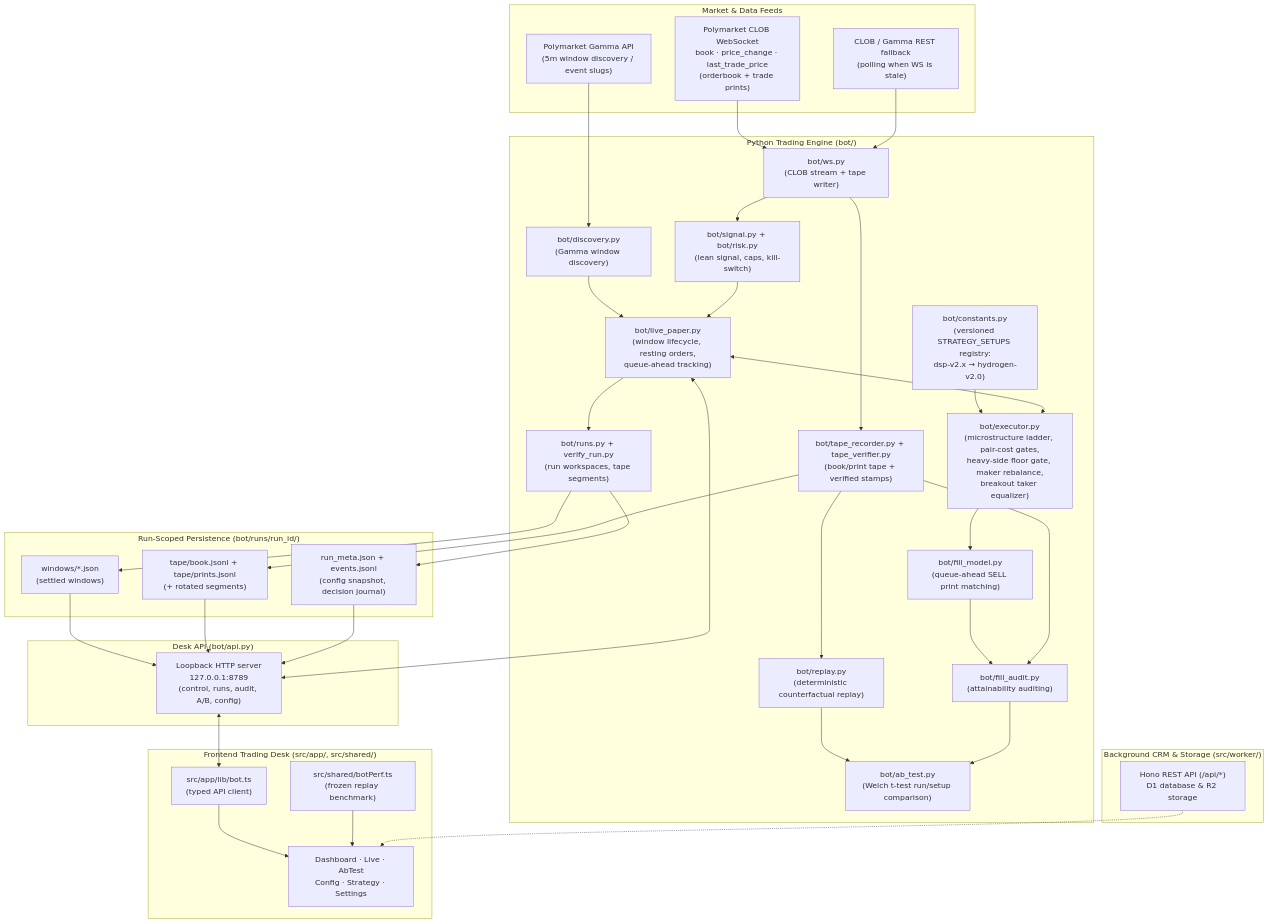
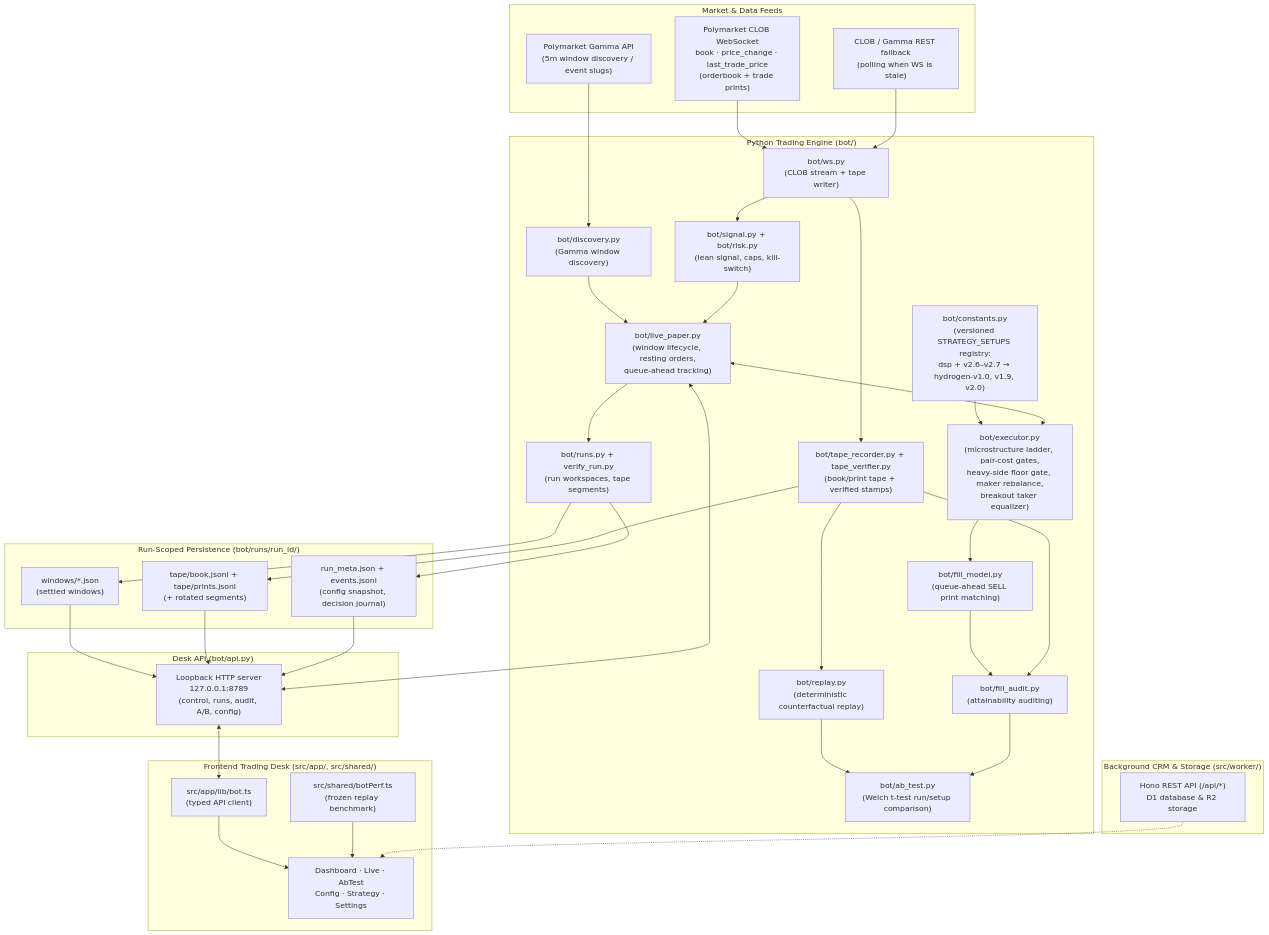
Before and after one commit to AI-Degen-69/dangerously-skip-permissions-Bot: the diagram in docs/architecture.md, drawn with Mermaid. The commit also changed other lines of this file and 14 other files, not shown here.

Commit message:
chore(registry): prune 16 superseded setups, keep replay/baseline/candidate set (#67)

````diff
--- a/docs/architecture.md
+++ b/docs/architecture.md
@@ -16,71 +16,71 @@
 ```mermaid
 flowchart TD
     subgraph MarketData ["Market & Data Feeds"]
         Gamma["Polymarket Gamma API<br/>(5m window discovery / event slugs)"]
         CLOB["Polymarket CLOB WebSocket<br/>book · price_change · last_trade_price<br/>(orderbook + trade prints)"]
         REST["CLOB / Gamma REST fallback<br/>(polling when WS is stale)"]
     end
 
     subgraph BotEngine ["Python Trading Engine (bot/)"]
         Discovery["bot/discovery.py<br/>(Gamma window discovery)"]
         LivePaper["bot/live_paper.py<br/>(window lifecycle, resting orders,<br/>queue-ahead tracking)"]
         Executor["bot/executor.py<br/>(microstructure ladder, pair-cost gates,<br/>heavy-side floor gate, maker rebalance,<br/>breakout taker equalizer)"]
-        Constants["bot/constants.py<br/>(versioned STRATEGY_SETUPS registry:<br/>dsp-v2.x → hydrogen-v2.0)"]
+        Constants["bot/constants.py<br/>(versioned STRATEGY_SETUPS registry:<br/>dsp + v2.6–v2.7 → hydrogen-v1.0, v1.9, v2.0)"]
         Signal["bot/signal.py + bot/risk.py<br/>(lean signal, caps, kill-switch)"]
         WS["bot/ws.py<br/>(CLOB stream + tape writer)"]
         FillModel["bot/fill_model.py<br/>(queue-ahead SELL print matching)"]
         FillAudit["bot/fill_audit.py<br/>(attainability auditing)"]
         Tape["bot/tape_recorder.py + tape_verifier.py<br/>(book/print tape + verified stamps)"]
         Replay["bot/replay.py<br/>(deterministic counterfactual replay)"]
         AB["bot/ab_test.py<br/>(Welch t-test run/setup comparison)"]
         Runs["bot/runs.py + verify_run.py<br/>(run workspaces, tape segments)"]
     end
 
     subgraph Persistence ["Run-Scoped Persistence (bot/runs/run_id/)"]
         Windows["windows/*.json<br/>(settled windows)"]
         TapeJsonl["tape/book.jsonl + tape/prints.jsonl<br/>(+ rotated segments)"]
         Meta["run_meta.json + events.jsonl<br/>(config snapshot, decision journal)"]
     end
 
     subgraph DeskAPI ["Desk API (bot/api.py)"]
         PyAPI["Loopback HTTP server<br/>127.0.0.1:8789<br/>(control, runs, audit, A/B, config)"]
     end
 
     subgraph FrontendDesk ["Frontend Trading Desk (src/app/, src/shared/)"]
         Pages["Dashboard · Live · AbTest<br/>Config · Strategy · Settings"]
         BotClient["src/app/lib/bot.ts<br/>(typed API client)"]
         BotPerf["src/shared/botPerf.ts<br/>(frozen replay benchmark)"]
     end
 
     subgraph Worker ["Background CRM & Storage (src/worker/)"]
         HonoAPI["Hono REST API (/api/*)<br/>D1 database & R2 storage"]
     end
 
     %% Data flow
     Gamma --> Discovery --> LivePaper
     CLOB --> WS --> Signal --> LivePaper
     REST --> WS
     Constants --> Executor
     LivePaper <--> Executor
     Executor --> FillModel
     WS --> Tape
     FillModel --> FillAudit
     Tape --> FillAudit
     Tape --> Replay
     Replay --> AB
     FillAudit --> AB
     LivePaper --> Runs
     Runs --> Windows
     Tape --> TapeJsonl
     Runs --> Meta
 
     %% API + frontend
     Windows --> PyAPI
     TapeJsonl --> PyAPI
     Meta --> PyAPI
     PyAPI <--> LivePaper
     PyAPI <--> BotClient
     BotClient --> Pages
     BotPerf --> Pages
     HonoAPI -.-> Pages
 ```
````
